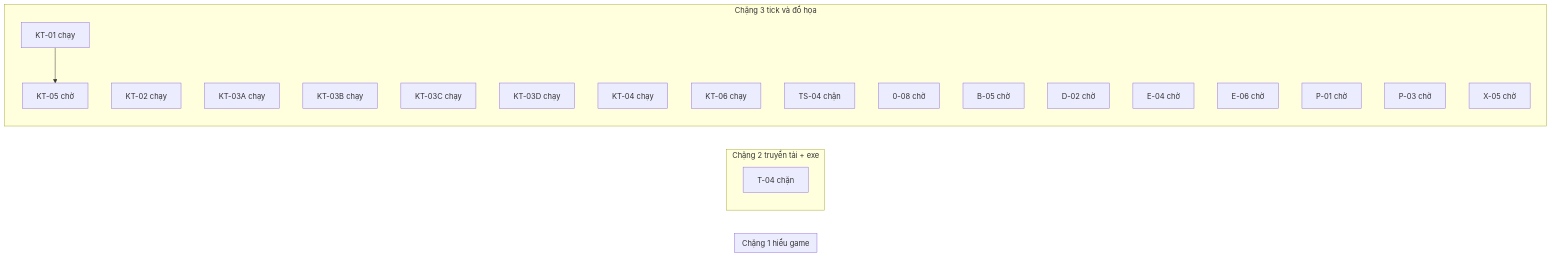
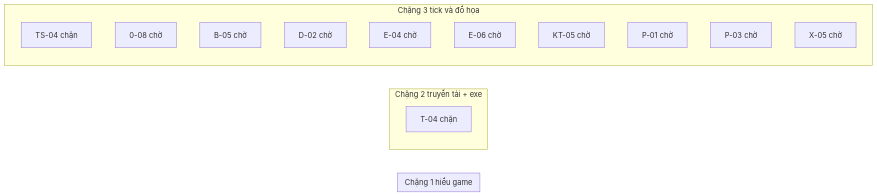
The diagram in JX1_OPS/STATE/TIEN-DO.md (ndtangoss-dev/jx1-reports), drawn with Mermaid before and after one commit. The commit also changed other lines of this file and 8 other files, not shown here.

````diff
--- a/JX1_OPS/STATE/TIEN-DO.md
+++ b/JX1_OPS/STATE/TIEN-DO.md
@@ -9,29 +9,20 @@
 ```mermaid
 flowchart LR
   subgraph S1["Chặng 1 hiểu game"]
   end
   subgraph S2["Chặng 2 truyền tải + exe"]
     T_04["T-04 chặn"]
   end
   subgraph S3["Chặng 3 tick và đồ họa"]
-    KT_01["KT-01 chạy"]
-    KT_02["KT-02 chạy"]
-    KT_03A["KT-03A chạy"]
-    KT_03B["KT-03B chạy"]
-    KT_03C["KT-03C chạy"]
-    KT_03D["KT-03D chạy"]
-    KT_04["KT-04 chạy"]
-    KT_06["KT-06 chạy"]
     TS_04["TS-04 chặn"]
     0_08["0-08 chờ"]
     B_05["B-05 chờ"]
     D_02["D-02 chờ"]
     E_04["E-04 chờ"]
     E_06["E-06 chờ"]
     KT_05["KT-05 chờ"]
     P_01["P-01 chờ"]
     P_03["P-03 chờ"]
     X_05["X-05 chờ"]
   end
-  KT_01 --> KT_05
 ```
````
